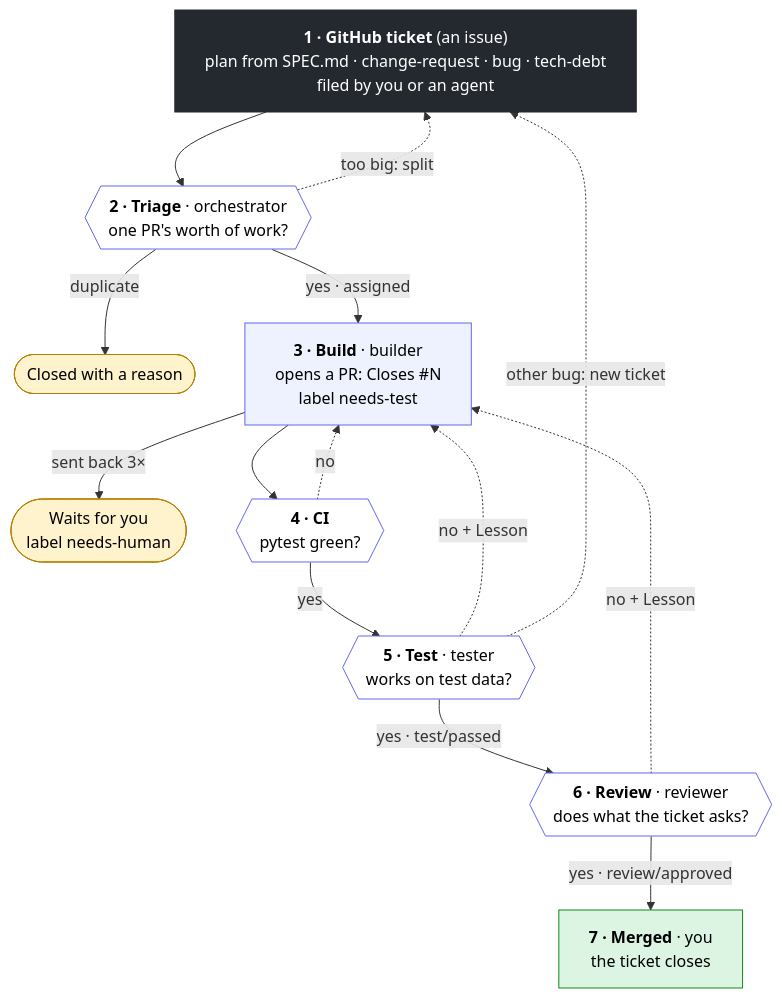
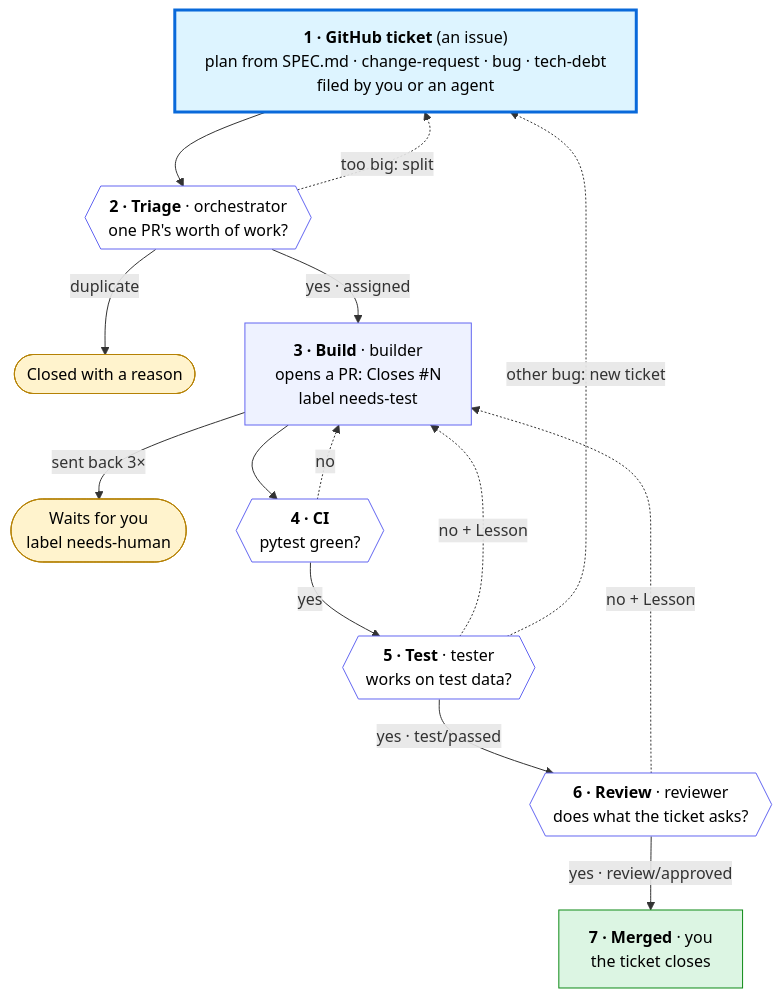
One commit to nikhil-kunapareddy/daily-briefing changed the diagram in agents/WORKFLOW.md. Above: the diagram before and after it, drawn with Mermaid.

Commit message:
Make the GitHub ticket box visible on dark backgrounds

````diff
--- a/agents/WORKFLOW.md
+++ b/agents/WORKFLOW.md
@@ -11,38 +11,38 @@
 ```mermaid
 %%{init: {"flowchart": {"wrappingWidth": 440}}}%%
 flowchart TD
   T["<b>1 · GitHub ticket</b> (an issue)<br/>plan from SPEC.md · change-request · bug · tech-debt<br/>filed by you or an agent"]
   O{{"<b>2 · Triage</b> · orchestrator<br/>one PR's worth of work?"}}
   X(["Closed with a reason"])
   B["<b>3 · Build</b> · builder<br/>opens a PR: Closes #N<br/>label needs-test"]
   H(["Waits for you<br/>label needs-human"])
   C{{"<b>4 · CI</b><br/>pytest green?"}}
   TE{{"<b>5 · Test</b> · tester<br/>works on test data?"}}
   R{{"<b>6 · Review</b> · reviewer<br/>does what the ticket asks?"}}
   M["<b>7 · Merged</b> · you<br/>the ticket closes"]
 
   T --> O
   O -->|"yes · assigned"| B
   O -->|"duplicate"| X
   O -.->|"too big: split"| T
   B --> C
   B -->|"sent back 3×"| H
   C -->|"yes"| TE
   C -.->|"no"| B
   TE -->|"yes · test/passed"| R
   TE -.->|"no + Lesson"| B
   TE -.->|"other bug: new ticket"| T
   R -->|"yes · review/approved"| M
   R -.->|"no + Lesson"| B
 
-  classDef ticket fill:#24292f,stroke:#24292f,color:#fff
+  classDef ticket fill:#ddf4ff,stroke:#0969da,stroke-width:3px,color:#000
   classDef step fill:#eef2ff,stroke:#6366f1,color:#000
   classDef check fill:#fff,stroke:#6366f1,color:#000
   classDef done fill:#dcf5e3,stroke:#0e8a16,color:#000
   classDef side fill:#fff3cd,stroke:#b58105,color:#000
   class T ticket
   class B step
   class O,C,TE,R check
   class M done
   class X,H side
 ```
````
